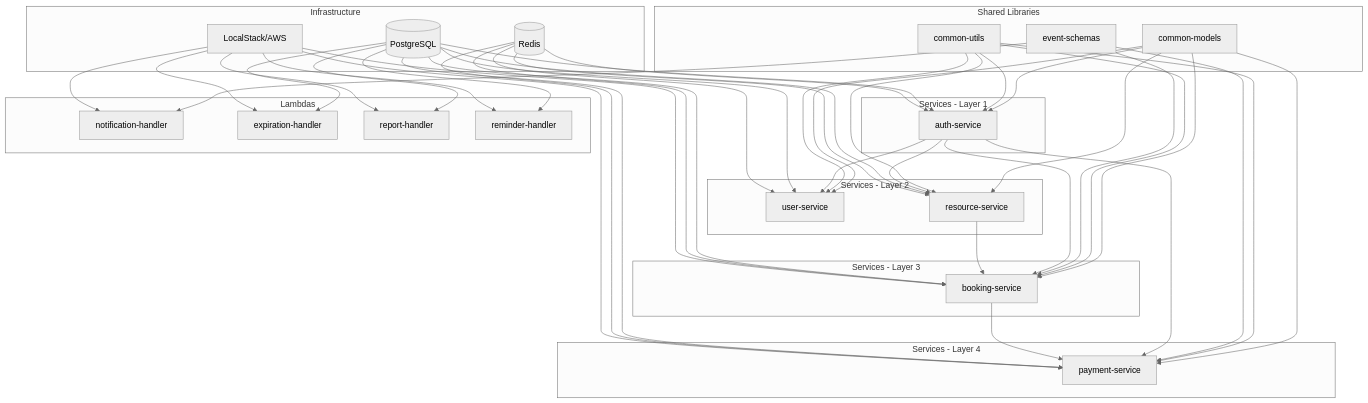
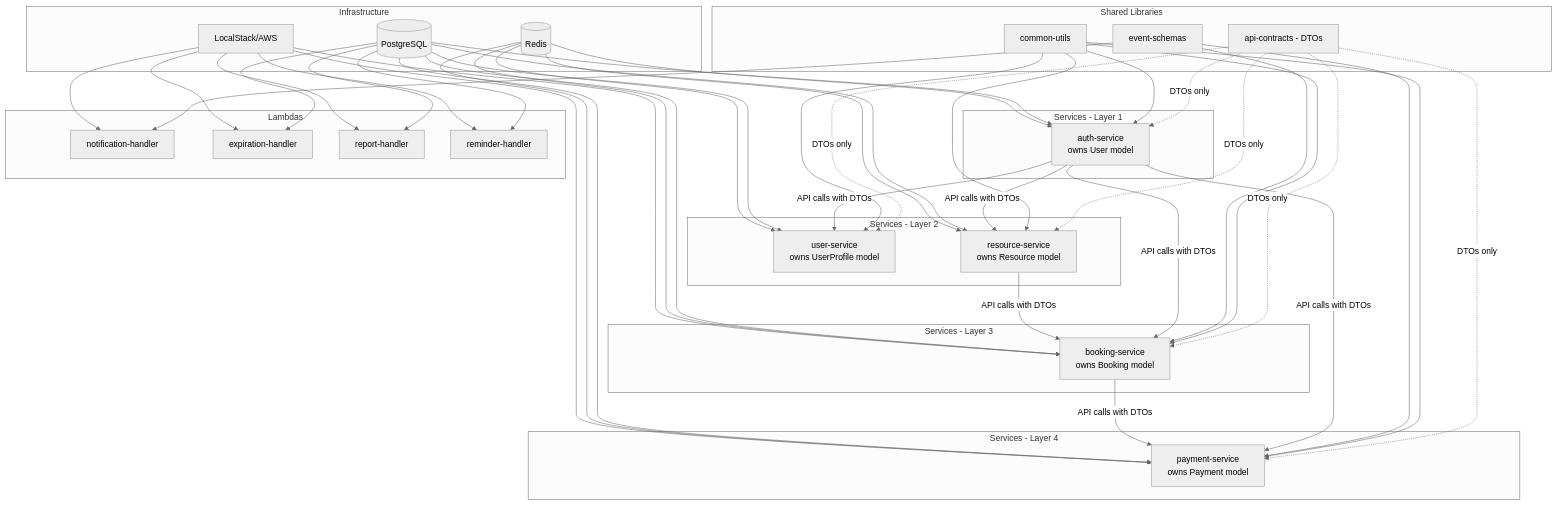
One commit to lsandoval23/booking-platform changed the diagram in plans/implementation-plan.md. Above: the diagram before and after it, drawn with Mermaid (neutral theme). The commit also changed other lines of this file and 3 other files, not shown here.

````diff
--- a/plans/implementation-plan.md
+++ b/plans/implementation-plan.md
@@ -1400,26 +1534,26 @@
 ```mermaid
 graph TB
     subgraph Shared Libraries
-        MODELS[common-models]
+        CONTRACTS[api-contracts - DTOs]
         UTILS[common-utils]
         EVENTS[event-schemas]
     end
 
     subgraph Services - Layer 1
-        AUTH[auth-service]
+        AUTH[auth-service<br/>owns User model]
     end
 
     subgraph Services - Layer 2
-        USER[user-service]
-        RESOURCE[resource-service]
+        USER[user-service<br/>owns UserProfile model]
+        RESOURCE[resource-service<br/>owns Resource model]
     end
 
     subgraph Services - Layer 3
-        BOOKING[booking-service]
+        BOOKING[booking-service<br/>owns Booking model]
     end
 
     subgraph Services - Layer 4
-        PAYMENT[payment-service]
+        PAYMENT[payment-service<br/>owns Payment model]
     end
 
     subgraph Lambdas
@@ -1435,11 +1569,11 @@
         AWS[LocalStack/AWS]
     end
 
-    MODELS --> AUTH
-    MODELS --> USER
-    MODELS --> RESOURCE
-    MODELS --> BOOKING
-    MODELS --> PAYMENT
+    CONTRACTS -.->|DTOs only| AUTH
+    CONTRACTS -.->|DTOs only| USER
+    CONTRACTS -.->|DTOs only| RESOURCE
+    CONTRACTS -.->|DTOs only| BOOKING
+    CONTRACTS -.->|DTOs only| PAYMENT
 
     UTILS --> AUTH
     UTILS --> USER
@@ -1451,14 +1585,14 @@
     EVENTS --> PAYMENT
     EVENTS --> NOTIF
 
-    AUTH --> USER
-    AUTH --> RESOURCE
-    AUTH --> BOOKING
-    AUTH --> PAYMENT
+    AUTH -->|API calls with DTOs| USER
+    AUTH -->|API calls with DTOs| RESOURCE
+    AUTH -->|API calls with DTOs| BOOKING
+    AUTH -->|API calls with DTOs| PAYMENT
 
-    RESOURCE --> BOOKING
+    RESOURCE -->|API calls with DTOs| BOOKING
 
-    BOOKING --> PAYMENT
+    BOOKING -->|API calls with DTOs| PAYMENT
 
     DB --> AUTH
     DB --> USER
````
